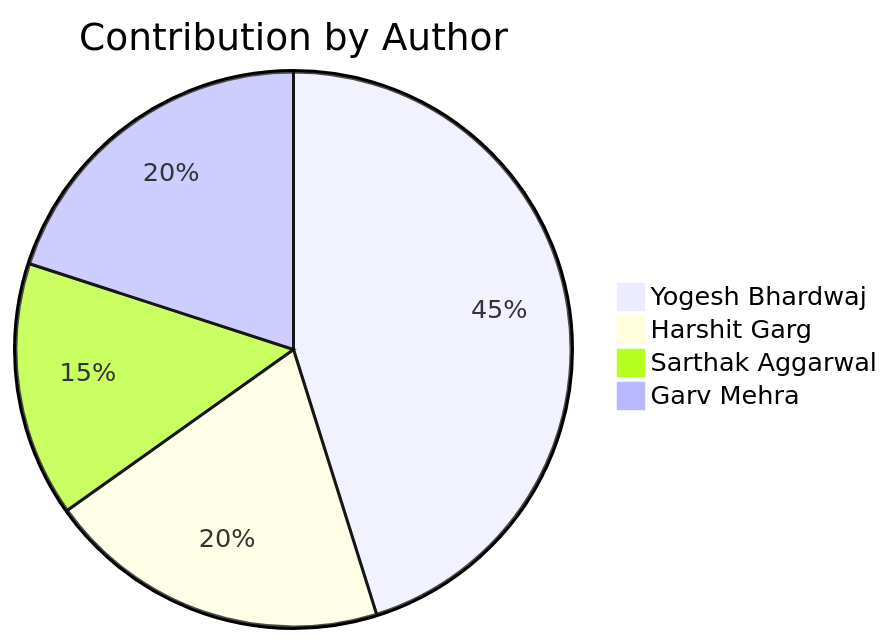
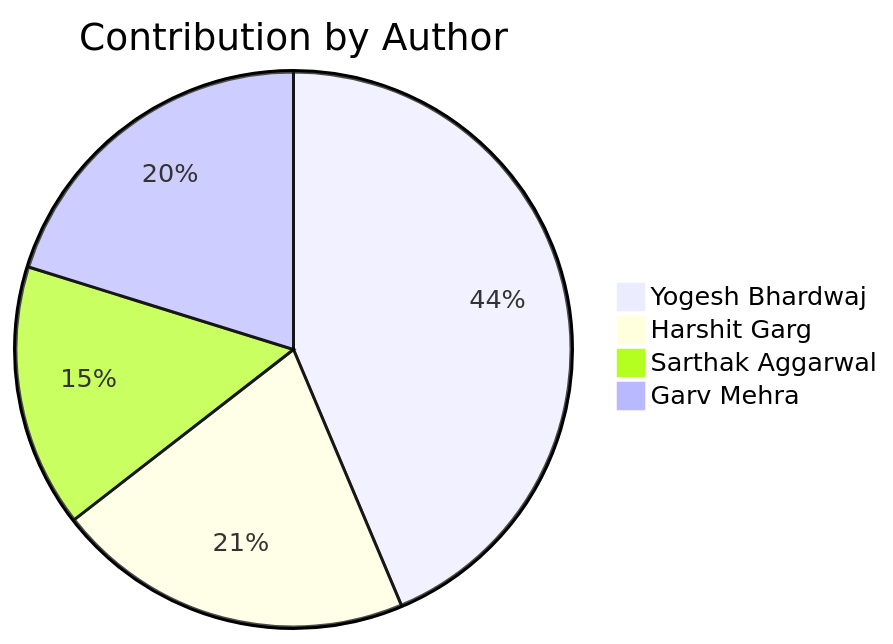
One commit to Yogesh-Bhardwaj-hue/Scm-Final_2.0 changed the second of 2 diagrams in README.md. Above: the diagram before and after it, drawn with Mermaid. The commit also changed other lines of this file, not shown here.

Commit message:
hCNMH5vHJnPS

````diff
--- a/README.md
+++ b/README.md
@@ -190,7 +190,7 @@
 ```mermaid
 pie title Contribution by Author
-    "Yogesh Bhardwaj": 140
-    "Harshit Garg": 62
-    "Sarthak Aggarwal": 46
+    "Yogesh Bhardwaj": 134
+    "Harshit Garg": 64
+    "Sarthak Aggarwal": 47
     "Garv Mehra": 62
 ```
````
